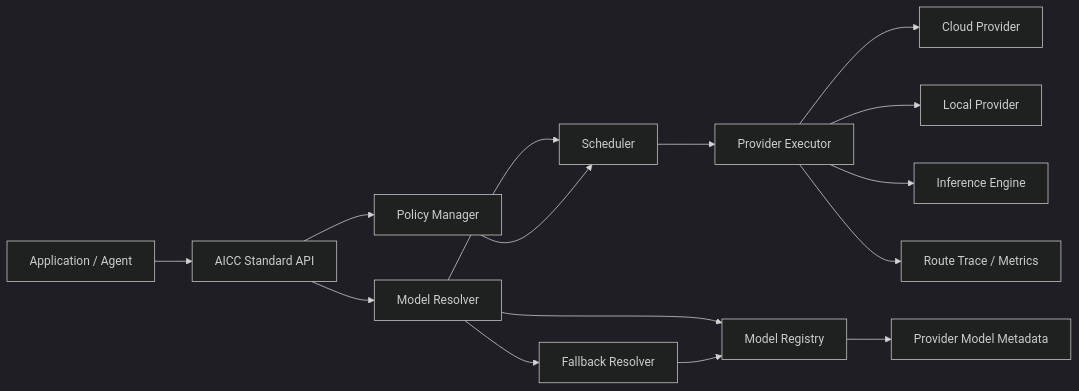
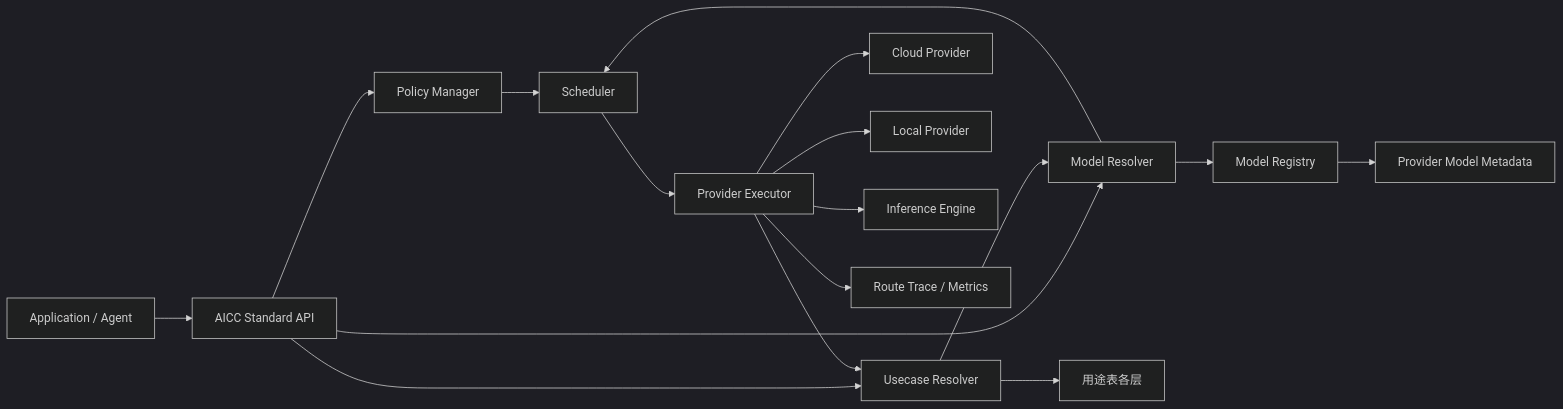
One commit to buckyos/buckyos changed the first of 2 diagrams in doc/aicc/aicc_router.md. Above: the diagram before and after it, drawn with Mermaid (dark theme). The commit also changed other lines of this file and 234 other files, not shown here.

````diff
--- a/doc/aicc/aicc_router.md
+++ b/doc/aicc/aicc_router.md
@@ -83,17 +87,19 @@
 ```mermaid
 flowchart LR
     App[Application / Agent] --> AICC[AICC Standard API]
     AICC --> Policy[Policy Manager]
     AICC --> Resolver[Model Resolver]
     Resolver --> Registry[Model Registry]
     Registry --> ProviderMeta[Provider Model Metadata]
-    Resolver --> Fallback[Fallback Resolver]
-    Fallback --> Registry
+    AICC --> Usecase[Usecase Resolver]
+    Usecase --> Layers[用途表各层]
+    Usecase --> Resolver
     Resolver --> Scheduler[Scheduler]
     Policy --> Scheduler
     Scheduler --> Executor[Provider Executor]
+    Executor --> Usecase
     Executor --> P1[Cloud Provider]
     Executor --> P2[Local Provider]
     Executor --> P3[Inference Engine]
     Executor --> Trace[Route Trace / Metrics]
 ```
````
